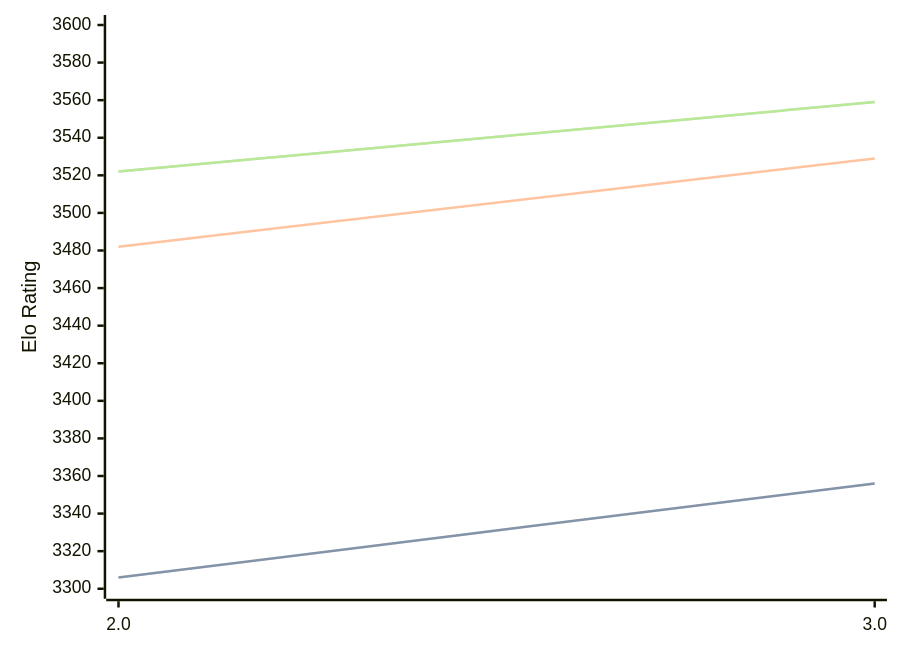
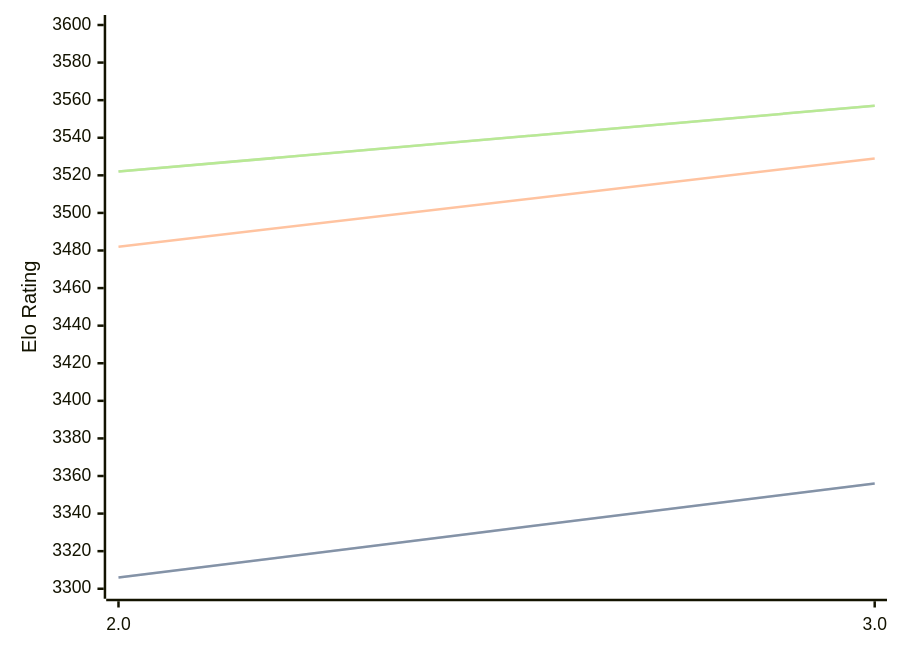
Before and after one commit to computer-chess-index/cci: the diagram in engines/Quanticade.md, drawn with Mermaid. The commit also changed other lines of this file, not shown here.

Commit message:
Update CCI Ratings (ELO VLTC) - 2026-10-03

````diff
--- a/engines/Quanticade.md
+++ b/engines/Quanticade.md
@@ -32,11 +32,11 @@
 ```mermaid
 %%{init: {"theme":"base","themeVariables":{"seriesColors:['#a3a3a3','#222221','#faa371']}}}%%
 xychart-beta
   x-axis ["2.0", "3.0"]
   y-axis "Elo Rating" 3300 --> 3600
   line "" [3306, 3356]
   line "STC (8.0+0.08s)" [3306, 3356]
   line "LTC (60.0+0.60s)" [3482, 3529]
-  line "" [3522, 3559]
-  line "VLTC (2m24s+1.12s)" [3522, 3559]
+  line "" [3522, 3557]
+  line "VLTC (2m24s+1.12s)" [3522, 3557]
 ```
````
